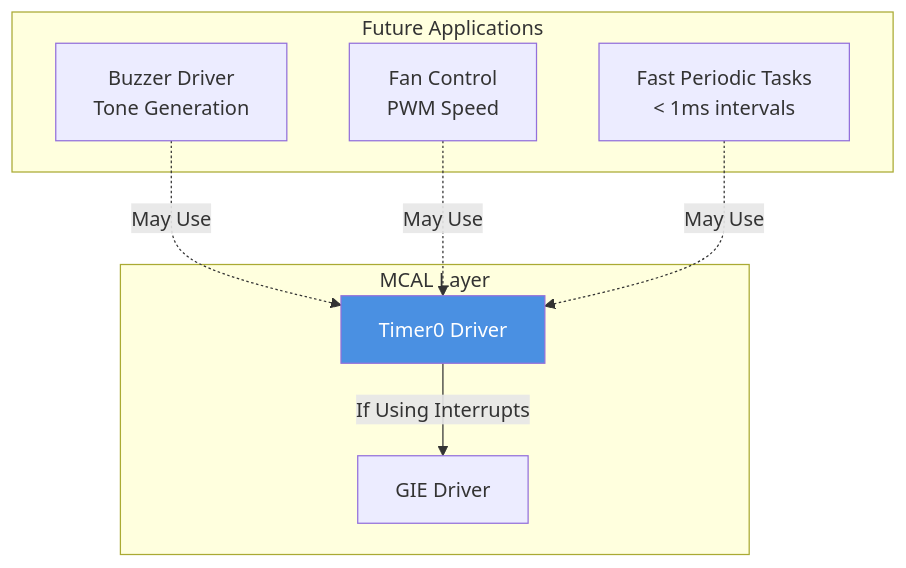
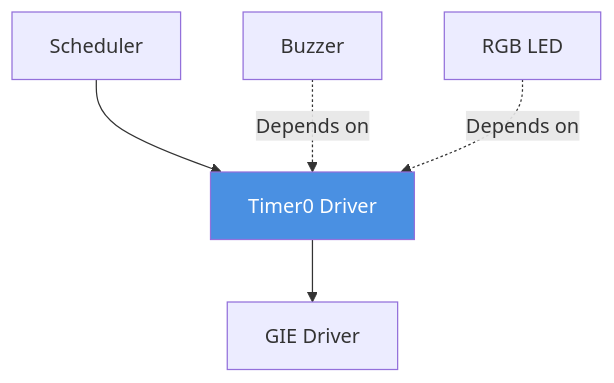
One commit to Gestell-Solution/Smart_Energy_Management_System changed the fifth of 5 diagrams in Doc/Embedded/New/06_ImplementationDoc/Software_Layers/MCAL_Layer/Timer0/Timer0_Driver.md. Above: the diagram before and after it, drawn with Mermaid. The commit also changed other lines of this file and 30 other files, not shown here.

Commit message:
Docs: Align Software Layers (MCAL/HAL/App) with SRS and LLD - Add Traceability Matrices

````diff
--- a/Doc/Embedded/New/06_ImplementationDoc/Software_Layers/MCAL_Layer/Timer0/Timer0_Driver.md
+++ b/Doc/Embedded/New/06_ImplementationDoc/Software_Layers/MCAL_Layer/Timer0/Timer0_Driver.md
@@ -235,21 +260,11 @@
 ```mermaid
-graph TB
-    subgraph "Future Applications"
-        BUZZ[Buzzer Driver<br/>Tone Generation]
-        FAN[Fan Control<br/>PWM Speed]
-        TASK[Fast Periodic Tasks<br/>< 1ms intervals]
-    end
+graph TD
+    APP[Scheduler] --> TMR0[Timer0 Driver]
 
-    subgraph "MCAL Layer"
-        TIMER0[Timer0 Driver]
-        GIE[GIE Driver]
-    end
+    TMR0 --> GIE[GIE Driver]
 
-    BUZZ -.->|May Use| TIMER0
-    FAN -.->|May Use| TIMER0
-    TASK -.->|May Use| TIMER0
+    HAL_BUZZ[Buzzer] -.->|Depends on| TMR0
+    HAL_LED[RGB LED] -.->|Depends on| TMR0
 
-    TIMER0 -->|If Using Interrupts| GIE
-
-    style TIMER0 fill:#4A90E2,color:#fff
+    style TMR0 fill:#4A90E2,color:#fff
 ```
````
